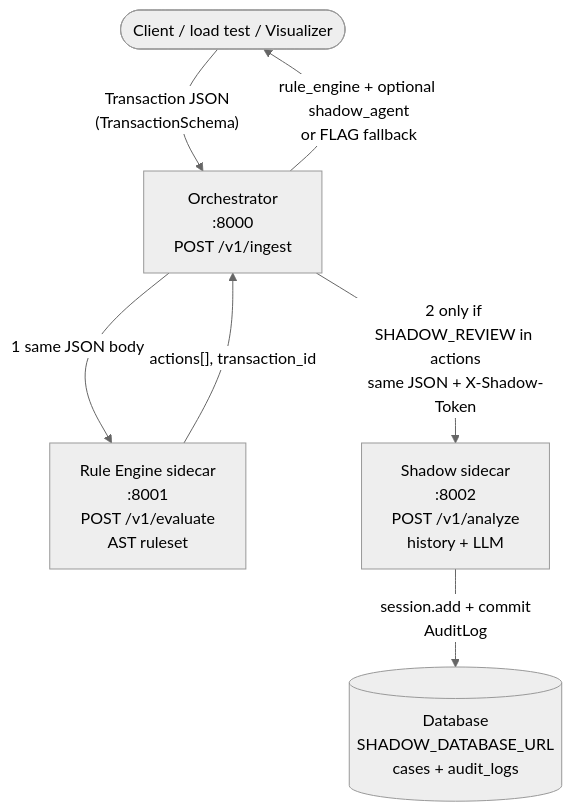
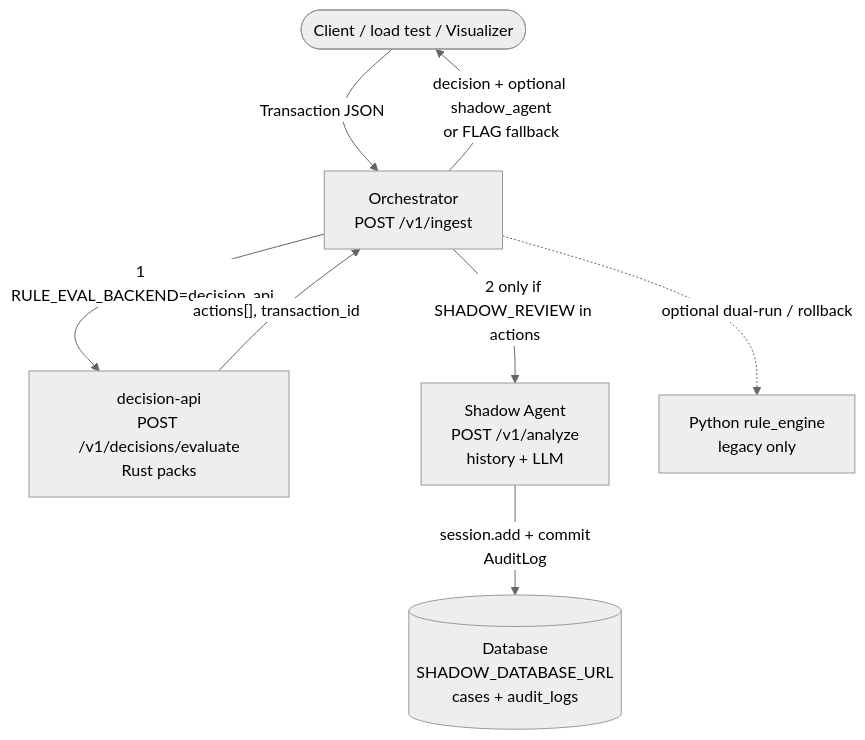
One commit to pamu512/tarka changed the first of 2 diagrams in ARCHITECTURE.md. Above: the diagram before and after it, drawn with Mermaid (neutral theme). The commit also changed other lines of this file and 671 other files, not shown here.

First line of the commit message:
chore: repo cleanup phase 1 — dead UI, Helm forks, legacy decision-api (#252)

````diff
--- a/ARCHITECTURE.md
+++ b/ARCHITECTURE.md
@@ -31,15 +53,17 @@
 ```mermaid
 flowchart TB
   Client(["Client / load test / Visualizer"])
-  O["Orchestrator\n:8000\nPOST /v1/ingest"]
-  R["Rule Engine sidecar\n:8001\nPOST /v1/evaluate\nAST ruleset"]
-  S["Shadow sidecar\n:8002\nPOST /v1/analyze\nhistory + LLM"]
+  O["Orchestrator\nPOST /v1/ingest"]
+  D["decision-api\nPOST /v1/decisions/evaluate\nRust packs"]
+  S["Shadow Agent\nPOST /v1/analyze\nhistory + LLM"]
   DB[("Database\nSHADOW_DATABASE_URL\ncases + audit_logs")]
+  Py["Python rule_engine\nlegacy only"]
 
-  Client -->|"Transaction JSON\n(TransactionSchema)"| O
-  O -->|"1 same JSON body"| R
-  R -->|"actions[], transaction_id"| O
-  O -->|"2 only if SHADOW_REVIEW in actions\nsame JSON + X-Shadow-Token"| S
+  Client -->|"Transaction JSON"| O
+  O -->|"1 RULE_EVAL_BACKEND=decision_api"| D
+  O -.->|"optional dual-run / rollback"| Py
+  D -->|"actions[], transaction_id"| O
+  O -->|"2 only if SHADOW_REVIEW in actions"| S
   S -->|"session.add + commit\nAuditLog"| DB
-  O -->|"rule_engine + optional shadow_agent\nor FLAG fallback"| Client
+  O -->|"decision + optional shadow_agent\nor FLAG fallback"| Client
 ```
````
